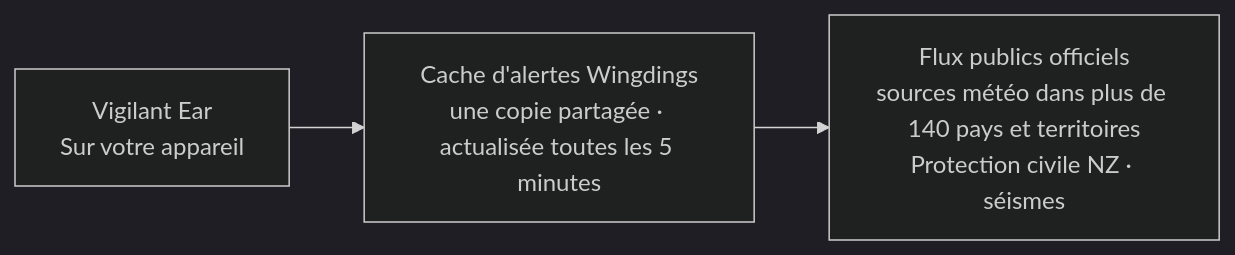
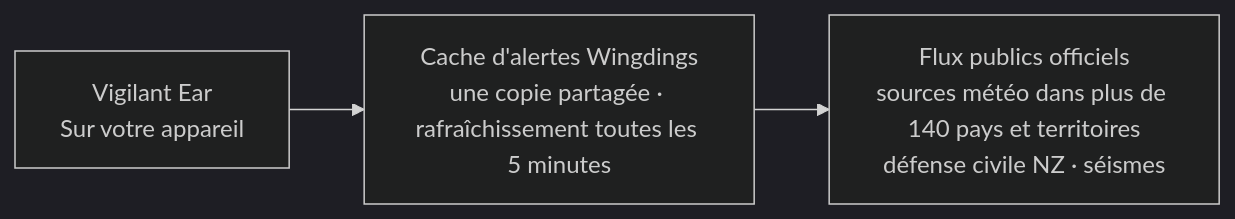
The fourth of 4 diagrams in README_fr.md (rpalm01-star/VigilantEarLegal), drawn with Mermaid (dark theme) before and after one commit. The commit also changed other lines of this file and 14 other files, not shown here.

````diff
--- a/README_fr.md
+++ b/README_fr.md
@@ -182,5 +201,5 @@
 ```mermaid
 graph LR
-    P1["Vigilant Ear<br/>Sur votre appareil"] --> W["Cache d'alertes Wingdings<br/>une copie partagée · actualisée toutes les 5 minutes"]
-    W --> N["Flux publics officiels<br/>sources météo dans plus de 140 pays et territoires<br/>Protection civile NZ · séismes"]
+    P1["Vigilant Ear<br/>Sur votre appareil"] --> W["Cache d'alertes Wingdings<br/>une copie partagée · rafraîchissement toutes les 5 minutes"]
+    W --> N["Flux publics officiels<br/>sources météo dans plus de 140 pays et territoires<br/>défense civile NZ · séismes"]
 ```
````
